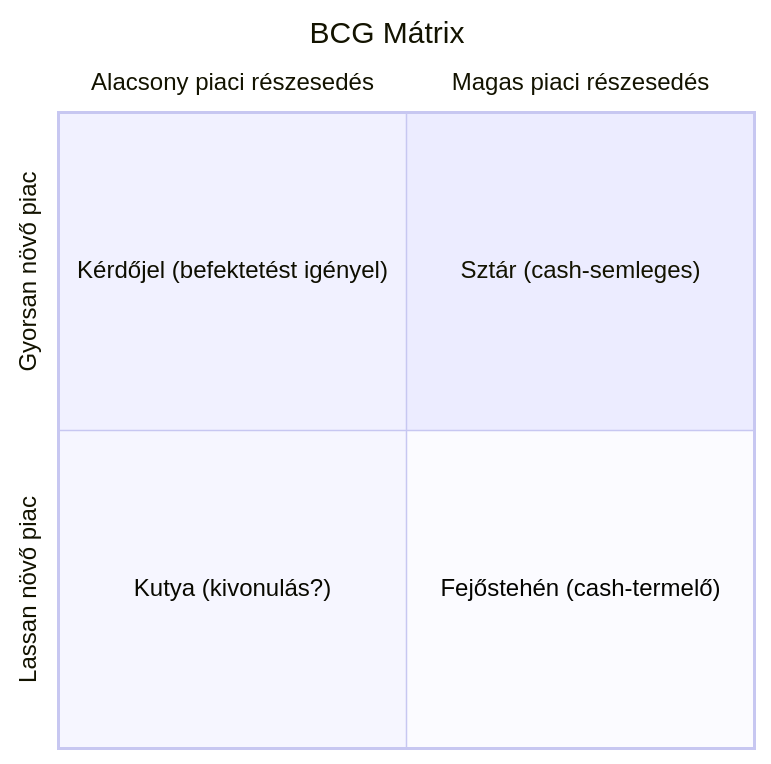
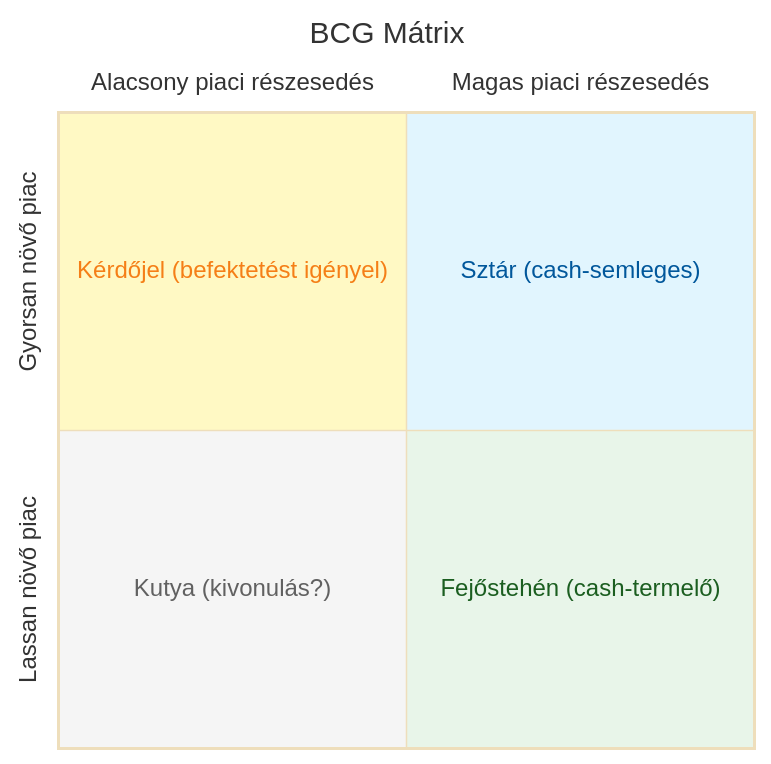
The second of 2 diagrams in Tételek/K03-GMXMD1MBLF-Tervezés.tétel.md (denespocsik/MM_BSC_Zarovizsga), drawn with Mermaid before and after one commit.

````diff
--- a/Tételek/K03-GMXMD1MBLF-Tervezés.tétel.md
+++ b/Tételek/K03-GMXMD1MBLF-Tervezés.tétel.md
@@ -114,10 +114,11 @@
 ```mermaid
+%%{init: { 'theme': 'base', 'themeVariables': { 'quadrant1Fill': '#e1f5fe', 'quadrant2Fill': '#fff9c4', 'quadrant3Fill': '#f5f5f5', 'quadrant4Fill': '#e8f5e9', 'quadrant1TextFill': '#01579b', 'quadrant2TextFill': '#f57f17', 'quadrant3TextFill': '#616161', 'quadrant4TextFill': '#1b5e20', 'titleColor': '#263238' } } }%%
 quadrantChart
     title BCG Mátrix
     x-axis "Alacsony piaci részesedés" --> "Magas piaci részesedés"
     y-axis "Lassan növő piac" --> "Gyorsan növő piac"
     quadrant-1 "Sztár (cash-semleges)"
     quadrant-2 "Kérdőjel (befektetést igényel)"
     quadrant-3 "Kutya (kivonulás?)"
     quadrant-4 "Fejőstehén (cash-termelő)"
 ```
````
